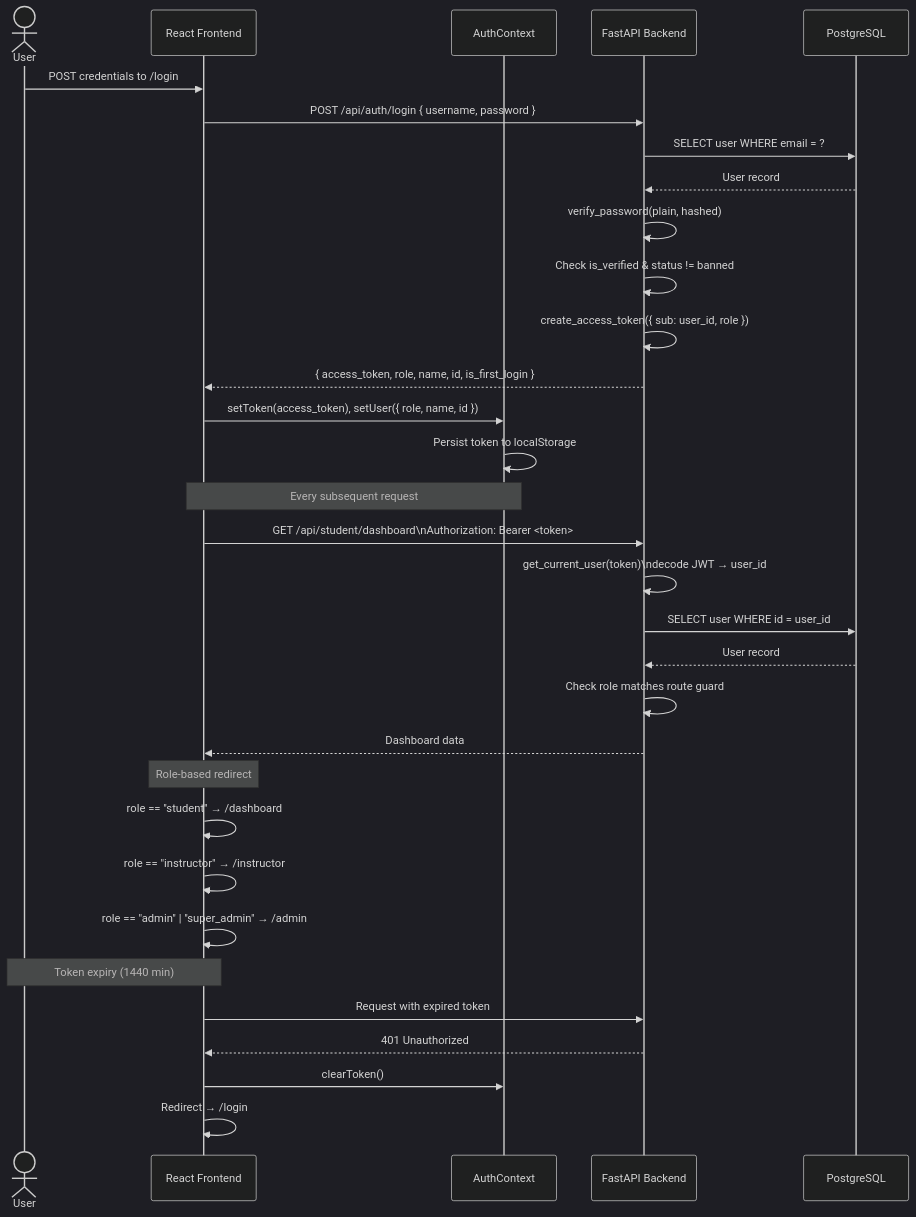
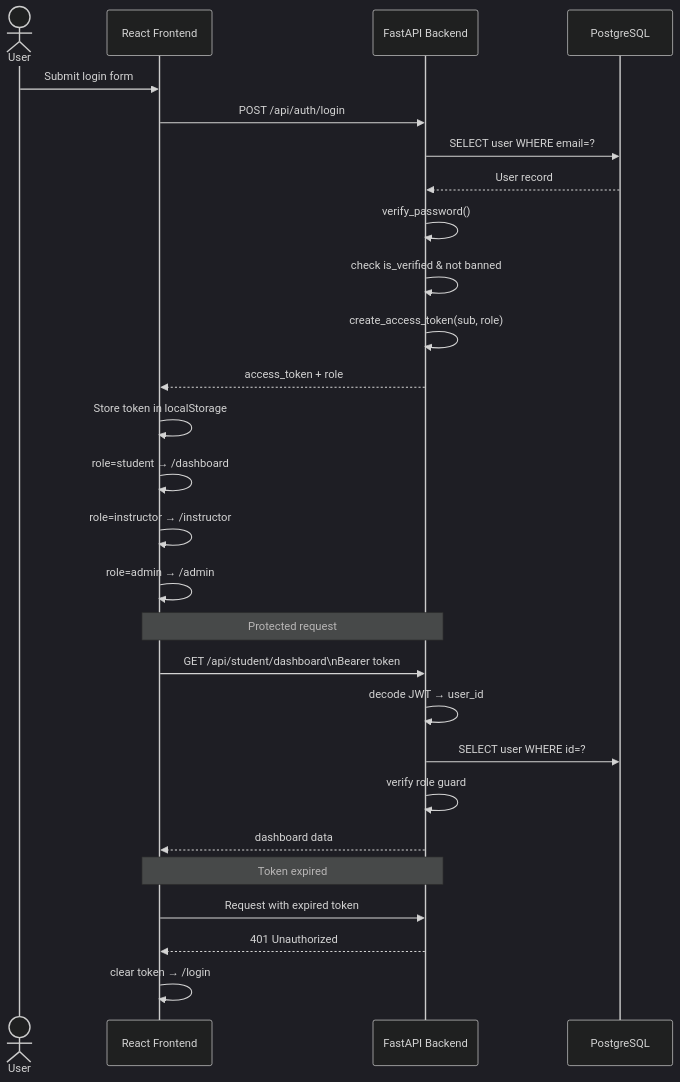
One commit to ngabo-dev/fluentfusion.v1 changed the tenth of 11 diagrams in DIAGRAMS.md. Above: the diagram before and after it, drawn with Mermaid (dark theme). The commit also changed other lines of this file, not shown here.

Commit message:
docs: update all diagrams — new tables, Live Translation, split large diagrams for page fit

````diff
--- a/DIAGRAMS.md
+++ b/DIAGRAMS.md
@@ -498,39 +547,33 @@
 ```mermaid
 sequenceDiagram
     actor U as User
     participant FE as React Frontend
-    participant AC as AuthContext
     participant API as FastAPI Backend
     participant DB as PostgreSQL
 
-    U->>FE: POST credentials to /login
-    FE->>API: POST /api/auth/login { username, password }
-    API->>DB: SELECT user WHERE email = ?
+    U->>FE: Submit login form
+    FE->>API: POST /api/auth/login
+    API->>DB: SELECT user WHERE email=?
     DB-->>API: User record
-    API->>API: verify_password(plain, hashed)
-    API->>API: Check is_verified & status != banned
-    API->>API: create_access_token({ sub: user_id, role })
-    API-->>FE: { access_token, role, name, id, is_first_login }
+    API->>API: verify_password()
+    API->>API: check is_verified & not banned
+    API->>API: create_access_token(sub, role)
+    API-->>FE: access_token + role
 
-    FE->>AC: setToken(access_token), setUser({ role, name, id })
-    AC->>AC: Persist token to localStorage
+    FE->>FE: Store token in localStorage
+    FE->>FE: role=student → /dashboard
+    FE->>FE: role=instructor → /instructor
+    FE->>FE: role=admin → /admin
 
-    Note over FE,AC: Every subsequent request
-    FE->>API: GET /api/student/dashboard\nAuthorization: Bearer <token>
-    API->>API: get_current_user(token)\ndecode JWT → user_id
-    API->>DB: SELECT user WHERE id = user_id
-    DB-->>API: User record
-    API->>API: Check role matches route guard
-    API-->>FE: Dashboard data
+    Note over FE,API: Protected request
+    FE->>API: GET /api/student/dashboard\nBearer token
+    API->>API: decode JWT → user_id
+    API->>DB: SELECT user WHERE id=?
+    API->>API: verify role guard
+    API-->>FE: dashboard data
 
-    Note over FE: Role-based redirect
-    FE->>FE: role == "student" → /dashboard
-    FE->>FE: role == "instructor" → /instructor
-    FE->>FE: role == "admin" | "super_admin" → /admin
-
-    Note over U,FE: Token expiry (1440 min)
+    Note over FE,API: Token expired
     FE->>API: Request with expired token
     API-->>FE: 401 Unauthorized
-    FE->>AC: clearToken()
-    FE->>FE: Redirect → /login
+    FE->>FE: clear token → /login
 ```
````
